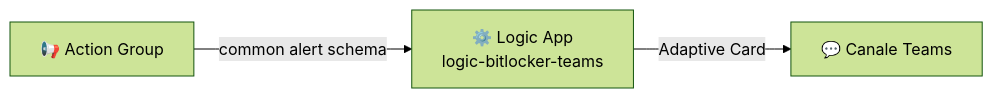
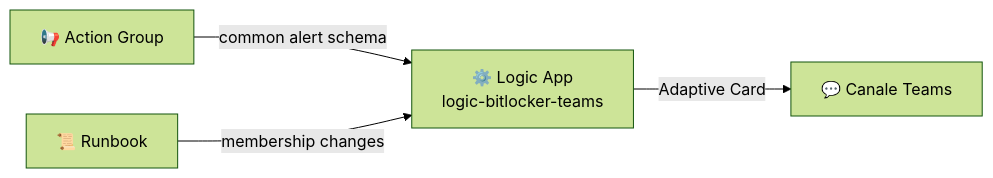
Before and after one commit to robgrame/BitLockerGroupSync: the third of 3 diagrams in README.md, drawn with Mermaid (forest theme). The commit also changed other lines of this file and 8 other files, not shown here.

````diff
--- a/README.md
+++ b/README.md
@@ -310,5 +327,6 @@
 ```mermaid
 flowchart LR
     AG["📢 Action Group"] -->|common alert schema| LA["⚙️ Logic App<br/>logic-bitlocker-teams"]
+    RB["📜 Runbook"] -->|membership changes| LA
     LA -->|Adaptive Card| TEAMS["💬 Canale Teams"]
 ```
````
